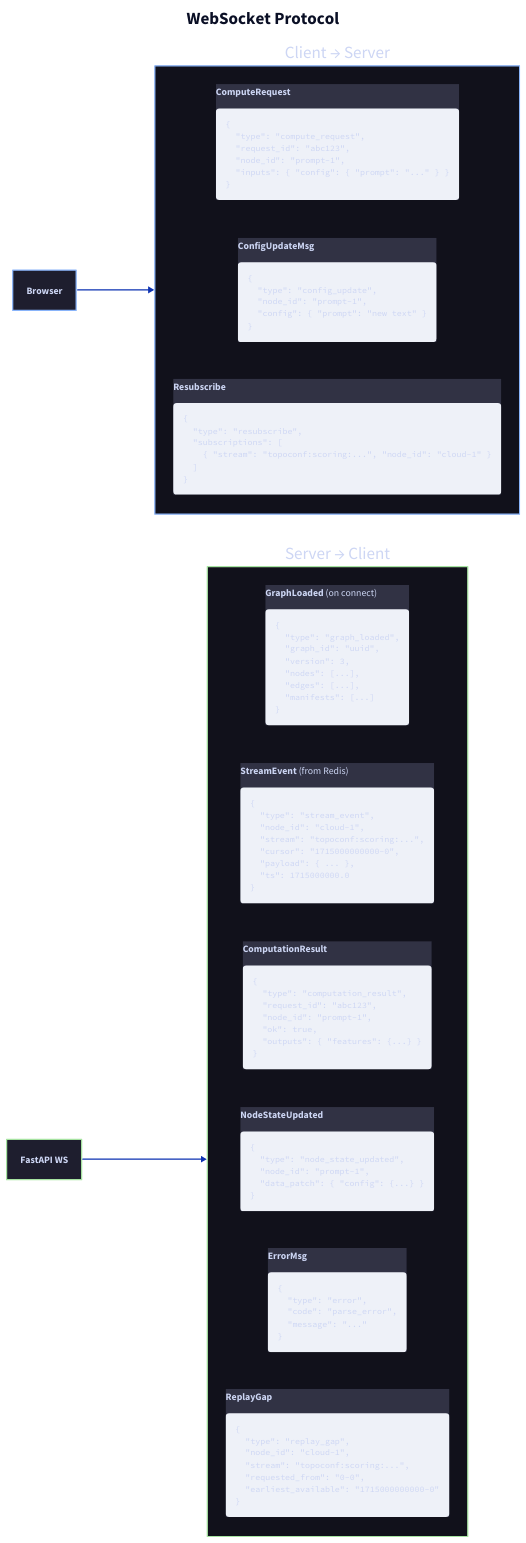
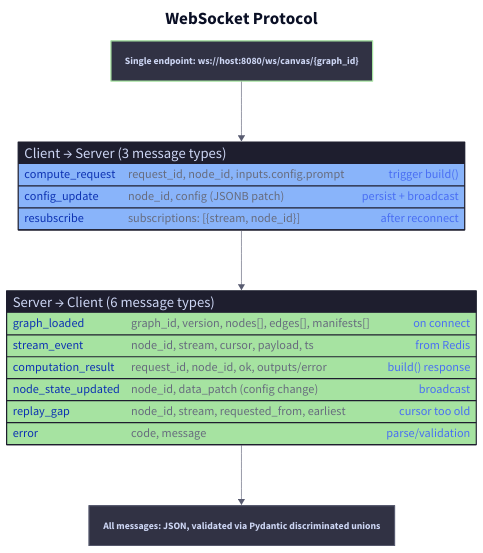
Before and after one commit to musicofhel/node-graph-substrate: the diagram in docs/diagrams/03-ws-protocol.d2, drawn with D2. The commit also changed 58 other files, not shown here.

First line of the commit message:
Remake all 13 architectural diagrams and refresh 77 screenshots

````diff
--- a/docs/diagrams/03-ws-protocol.d2
+++ b/docs/diagrams/03-ws-protocol.d2
@@ -1,183 +1,48 @@
-direction: right
+direction: down
 
 title: {
   label: WebSocket Protocol
   near: top-center
   shape: text
   style.font-size: 28
   style.bold: true
 }
 
-client: Browser {
-  style.fill: "#1e1e2e"
-  style.stroke: "#89b4fa"
-  style.font-color: "#cdd6f4"
-}
-
-server: FastAPI WS {
-  style.fill: "#1e1e2e"
+endpoint: "Single endpoint: ws://host:8080/ws/canvas/{graph_id}" {
+  style.fill: "#313244"
   style.stroke: "#a6e3a1"
   style.font-color: "#cdd6f4"
 }
 
-client_msgs: "Client → Server" {
-  style.fill: "#11111b"
+client_to_server: "Client → Server (3 message types)" {
+  shape: sql_table
+  style.fill: "#1e1e2e"
   style.stroke: "#89b4fa"
   style.font-color: "#cdd6f4"
-
-  compute: ComputeRequest {
-    style.fill: "#313244"
-    style.font-color: "#cdd6f4"
-    label: |md
-      **ComputeRequest**
-      ```json
-      {
-        "type": "compute_request",
-        "request_id": "abc123",
-        "node_id": "prompt-1",
-        "inputs": { "config": { "prompt": "..." } }
-      }
-      ```
-    |
-  }
-
-  config: ConfigUpdateMsg {
-    style.fill: "#313244"
-    style.font-color: "#cdd6f4"
-    label: |md
-      **ConfigUpdateMsg**
-      ```json
-      {
-        "type": "config_update",
-        "node_id": "prompt-1",
-        "config": { "prompt": "new text" }
-      }
-      ```
-    |
-  }
-
-  resub: Resubscribe {
-    style.fill: "#313244"
-    style.font-color: "#cdd6f4"
-    label: |md
-      **Resubscribe**
-      ```json
-      {
-        "type": "resubscribe",
-        "subscriptions": [
-          { "stream": "topoconf:scoring:...", "node_id": "cloud-1" }
-        ]
-      }
-      ```
-    |
-  }
+  compute_request: "request_id, node_id, inputs.config.prompt" {constraint: "trigger build()"}
+  config_update: "node_id, config (JSONB patch)" {constraint: "persist + broadcast"}
+  resubscribe: "subscriptions: [{stream, node_id}]" {constraint: "after reconnect"}
 }
 
-server_msgs: "Server → Client" {
-  style.fill: "#11111b"
+server_to_client: "Server → Client (6 message types)" {
+  shape: sql_table
+  style.fill: "#1e1e2e"
   style.stroke: "#a6e3a1"
   style.font-color: "#cdd6f4"
-
-  loaded: GraphLoaded {
-    style.fill: "#313244"
-    style.font-color: "#cdd6f4"
-    label: |md
-      **GraphLoaded** (on connect)
-      ```json
-      {
-        "type": "graph_loaded",
-        "graph_id": "uuid",
-        "version": 3,
-        "nodes": [...],
-        "edges": [...],
-        "manifests": [...]
-      }
-      ```
-    |
-  }
-
-  stream: StreamEvent {
-    style.fill: "#313244"
-    style.font-color: "#cdd6f4"
-    label: |md
-      **StreamEvent** (from Redis)
-      ```json
-      {
-        "type": "stream_event",
-        "node_id": "cloud-1",
-        "stream": "topoconf:scoring:...",
-        "cursor": "1715000000000-0",
-        "payload": { ... },
-        "ts": 1715000000.0
-      }
-      ```
-    |
-  }
-
-  result: ComputationResult {
-    style.fill: "#313244"
-    style.font-color: "#cdd6f4"
-    label: |md
-      **ComputationResult**
-      ```json
-      {
-        "type": "computation_result",
-        "request_id": "abc123",
-        "node_id": "prompt-1",
-        "ok": true,
-        "outputs": { "features": {...} }
-      }
-      ```
-    |
-  }
-
-  state: NodeStateUpdated {
-    style.fill: "#313244"
-    style.font-color: "#cdd6f4"
-    label: |md
-      **NodeStateUpdated**
-      ```json
-      {
-        "type": "node_state_updated",
-        "node_id": "prompt-1",
-        "data_patch": { "config": {...} }
-      }
-      ```
-    |
-  }
-
-  error: ErrorMsg {
-    style.fill: "#313244"
-    style.font-color: "#cdd6f4"
-    label: |md
-      **ErrorMsg**
-      ```json
-      {
-        "type": "error",
-        "code": "parse_error",
-        "message": "..."
-      }
-      ```
-    |
-  }
-
-  replay_gap: ReplayGap {
-    style.fill: "#313244"
-    style.font-color: "#cdd6f4"
-    label: |md
-      **ReplayGap**
-      ```json
-      {
-        "type": "replay_gap",
-        "node_id": "cloud-1",
-        "stream": "topoconf:scoring:...",
-        "requested_from": "0-0",
-        "earliest_available": "1715000000000-0"
-      }
-      ```
-    |
-  }
+  graph_loaded: "graph_id, version, nodes[], edges[], manifests[]" {constraint: "on connect"}
+  stream_event: "node_id, stream, cursor, payload, ts" {constraint: "from Redis"}
+  computation_result: "request_id, node_id, ok, outputs/error" {constraint: "build() response"}
+  node_state_updated: "node_id, data_patch (config change)" {constraint: "broadcast"}
+  replay_gap: "node_id, stream, requested_from, earliest" {constraint: "cursor too old"}
+  error: "code, message" {constraint: "parse/validation"}
 }
 
-client -> client_msgs
-server -> server_msgs
+validation: "All messages: JSON, validated via Pydantic discriminated unions" {
+  style.fill: "#313244"
+  style.stroke: "#585b70"
+  style.font-color: "#cdd6f4"
+}
+
+endpoint -> client_to_server: "" {style.stroke: "#585b70"; style.stroke-width: 1}
+client_to_server -> server_to_client: "" {style.stroke: "#585b70"; style.stroke-width: 1}
+server_to_client -> validation: "" {style.stroke: "#585b70"; style.stroke-width: 1}
````
